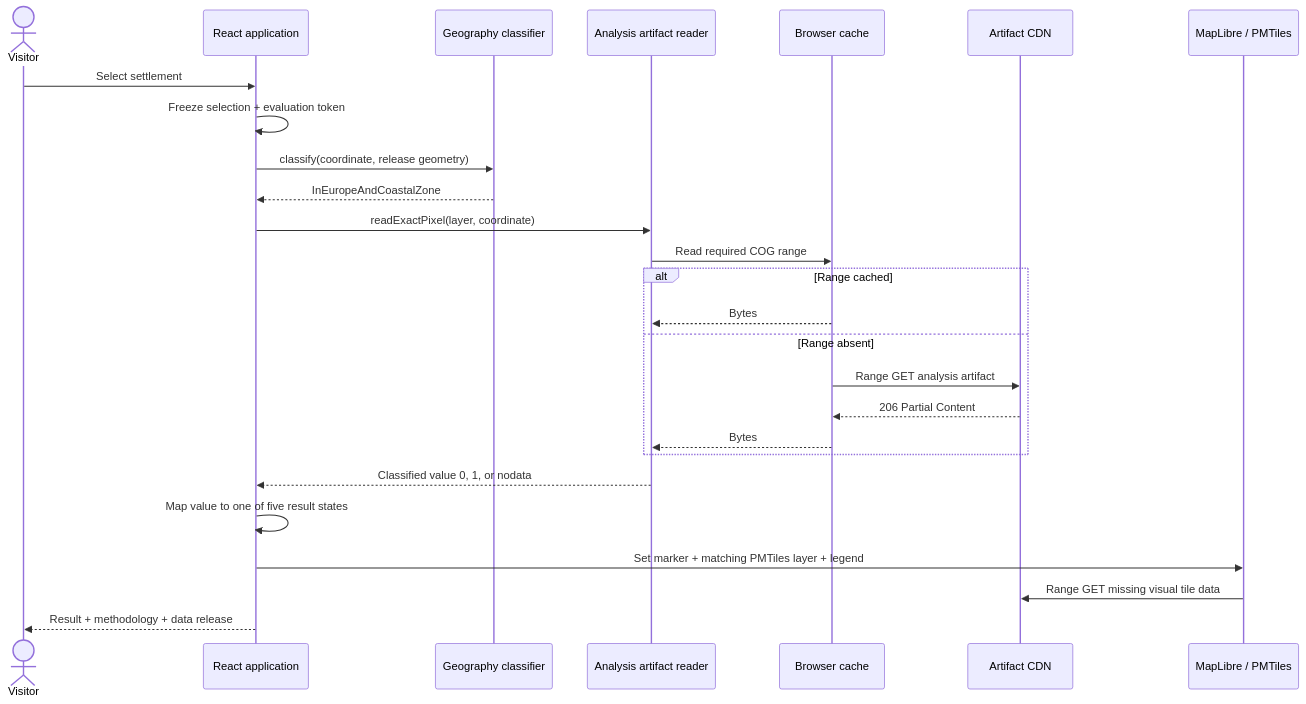
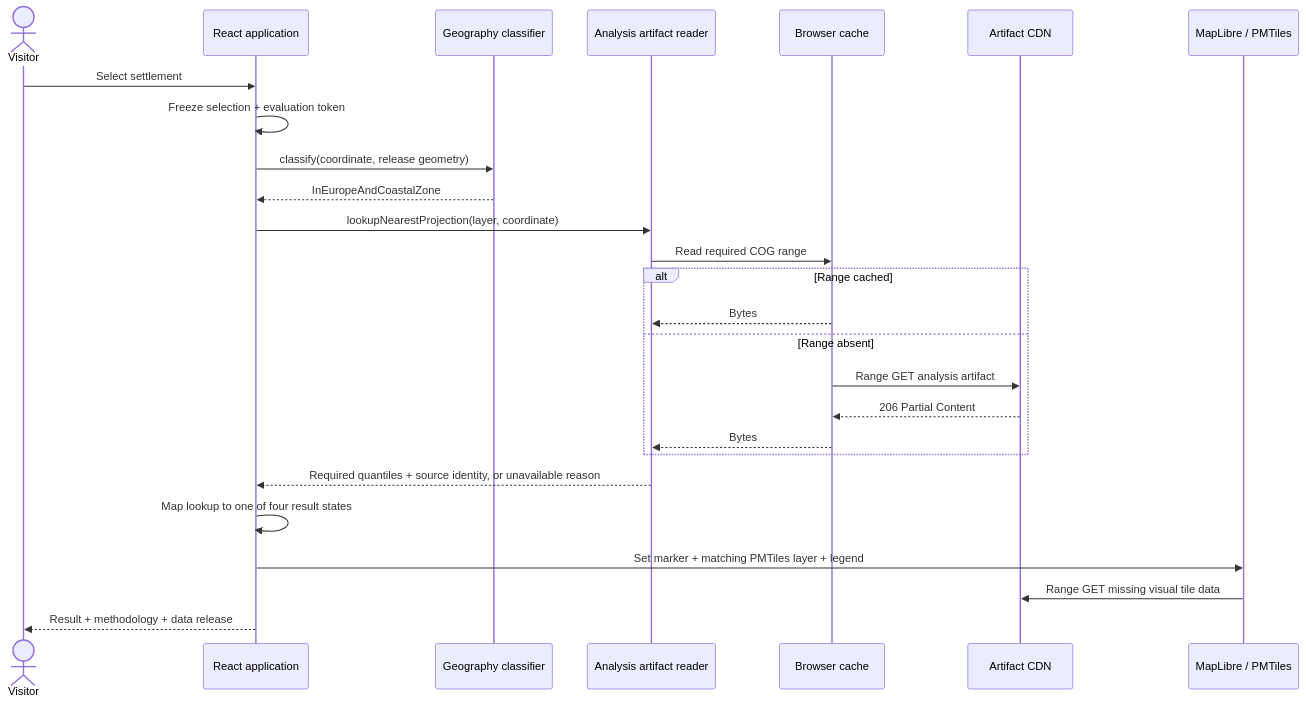
One commit to artemsemdev/SeaRise-Europe changed the third of 8 diagrams in docs/architecture/04-runtime-sequences.md. Above: the diagram before and after it, drawn with Mermaid. The commit also changed other lines of this file and 4 other files, not shown here.

Commit message:
docs(architecture): align projection lookup flows

````diff
--- a/docs/architecture/04-runtime-sequences.md
+++ b/docs/architecture/04-runtime-sequences.md
@@ -80,29 +80,29 @@
 ```mermaid
 sequenceDiagram
     actor U as Visitor
     participant UI as React application
     participant G as Geography classifier
     participant A as Analysis artifact reader
     participant C as Browser cache
     participant CDN as Artifact CDN
     participant Map as MapLibre / PMTiles
 
     U->>UI: Select settlement
     UI->>UI: Freeze selection + evaluation token
     UI->>G: classify(coordinate, release geometry)
     G-->>UI: InEuropeAndCoastalZone
-    UI->>A: readExactPixel(layer, coordinate)
+    UI->>A: lookupNearestProjection(layer, coordinate)
     A->>C: Read required COG range
     alt Range cached
         C-->>A: Bytes
     else Range absent
         C->>CDN: Range GET analysis artifact
         CDN-->>C: 206 Partial Content
         C-->>A: Bytes
     end
-    A-->>UI: Classified value 0, 1, or nodata
-    UI->>UI: Map value to one of five result states
+    A-->>UI: Required quantiles + source identity, or unavailable reason
+    UI->>UI: Map lookup to one of four result states
     UI->>Map: Set marker + matching PMTiles layer + legend
     Map->>CDN: Range GET missing visual tile data
     UI-->>U: Result + methodology + data release
 ```
````
